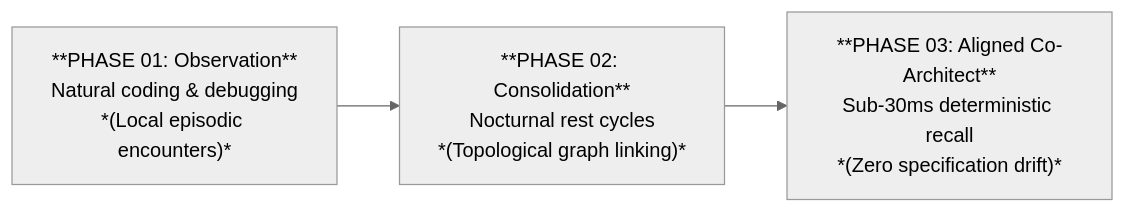
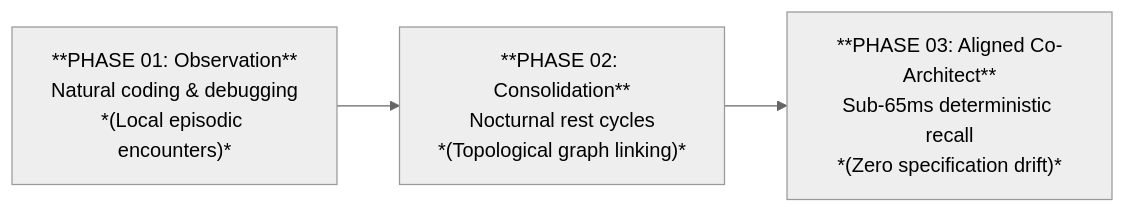
The diagram in ARCHITECTURE.md (novotapeter-bs/bs_cortex), drawn with Mermaid (neutral theme) before and after one commit. The commit also changed other lines of this file, not shown here.

````diff
--- a/ARCHITECTURE.md
+++ b/ARCHITECTURE.md
@@ -44,8 +40,8 @@
 ```mermaid
 flowchart LR
     P1["**PHASE 01: Observation**<br>Natural coding & debugging<br>*(Local episodic encounters)*"]
     P2["**PHASE 02: Consolidation**<br>Nocturnal rest cycles<br>*(Topological graph linking)*"]
-    P3["**PHASE 03: Aligned Co-Architect**<br>Sub-30ms deterministic recall<br>*(Zero specification drift)*"]
+    P3["**PHASE 03: Aligned Co-Architect**<br>Sub-65ms deterministic recall<br>*(Zero specification drift)*"]
 
     P1 --> P2 --> P3
 ```
````
